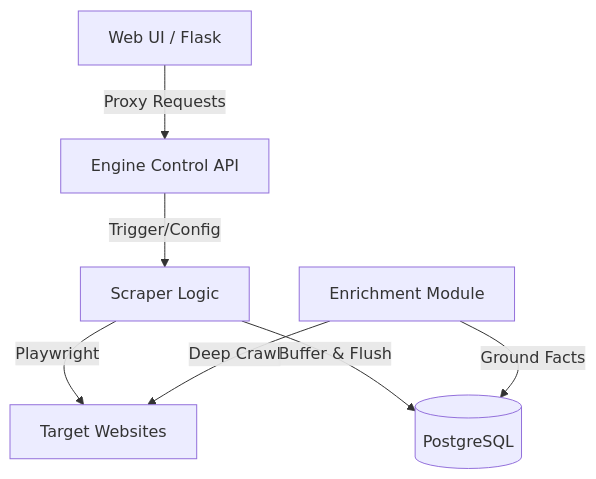
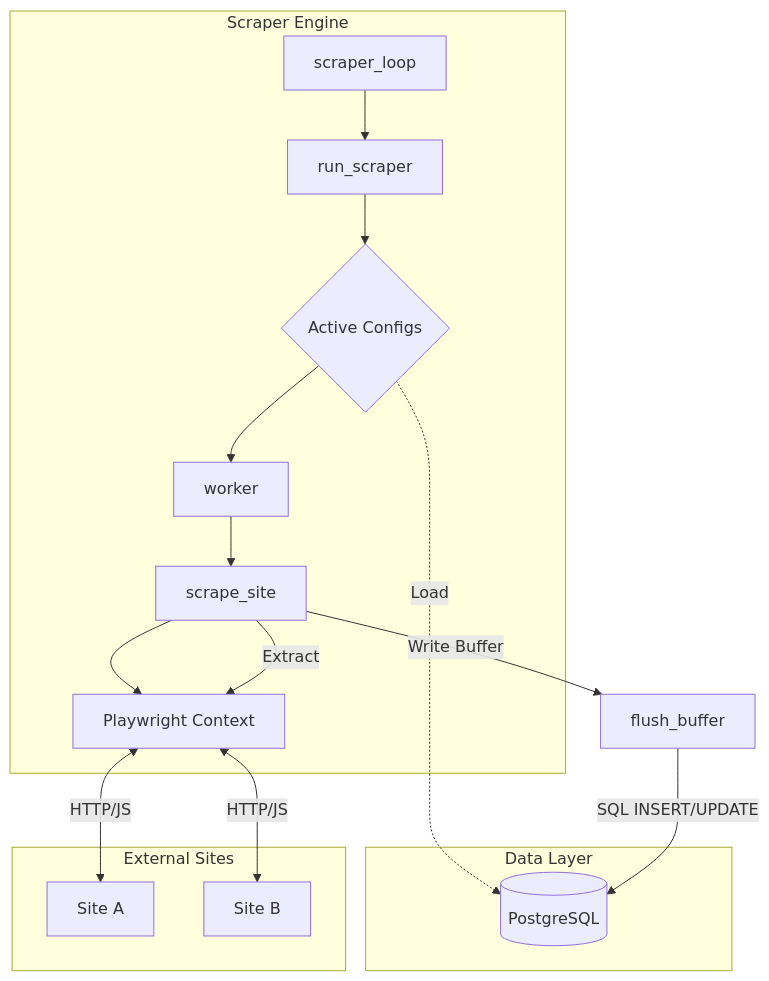
The first of 3 diagrams in .cubic/wiki/03-section-features/01-feature-scraper.md (Avkroken/Produkter), drawn with Mermaid before and after one commit. The commit also changed other lines of this file and 46 other files, not shown here.

````diff
--- a/.cubic/wiki/03-section-features/01-feature-scraper.md
+++ b/.cubic/wiki/03-section-features/01-feature-scraper.md
@@ -32,9 +34,26 @@
 ```mermaid
 graph TD
-    UI[Web UI / Flask] -->|Proxy Requests| EngineAPI[Engine Control API]
-    EngineAPI -->|Trigger/Config| Scraper[Scraper Logic]
-    Scraper -->|Playwright| Web[Target Websites]
-    Scraper -->|Buffer & Flush| DB[(PostgreSQL)]
-    Enrich[Enrichment Module] -->|Deep Crawl| Web
-    Enrich -->|Ground Facts| DB
+    subgraph Engine_Service[Scraper Engine]
+        A[scraper_loop] --> B[run_scraper]
+        B --> C{Active Configs}
+        C --> D[worker]
+        D --> E[scrape_site]
+        E --> F[Playwright Context]
+    end
+    
+    subgraph Storage[Data Layer]
+        G[(PostgreSQL)]
+    end
+    
+    subgraph Target_Web[External Sites]
+        H[Site A]
+        I[Site B]
+    end
+
+    C -.->|Load| G
+    E -->|Extract| F
+    F <-->|HTTP/JS| H
+    F <-->|HTTP/JS| I
+    E -->|Write Buffer| J[flush_buffer]
+    J -->|SQL INSERT/UPDATE| G
 ```
````
